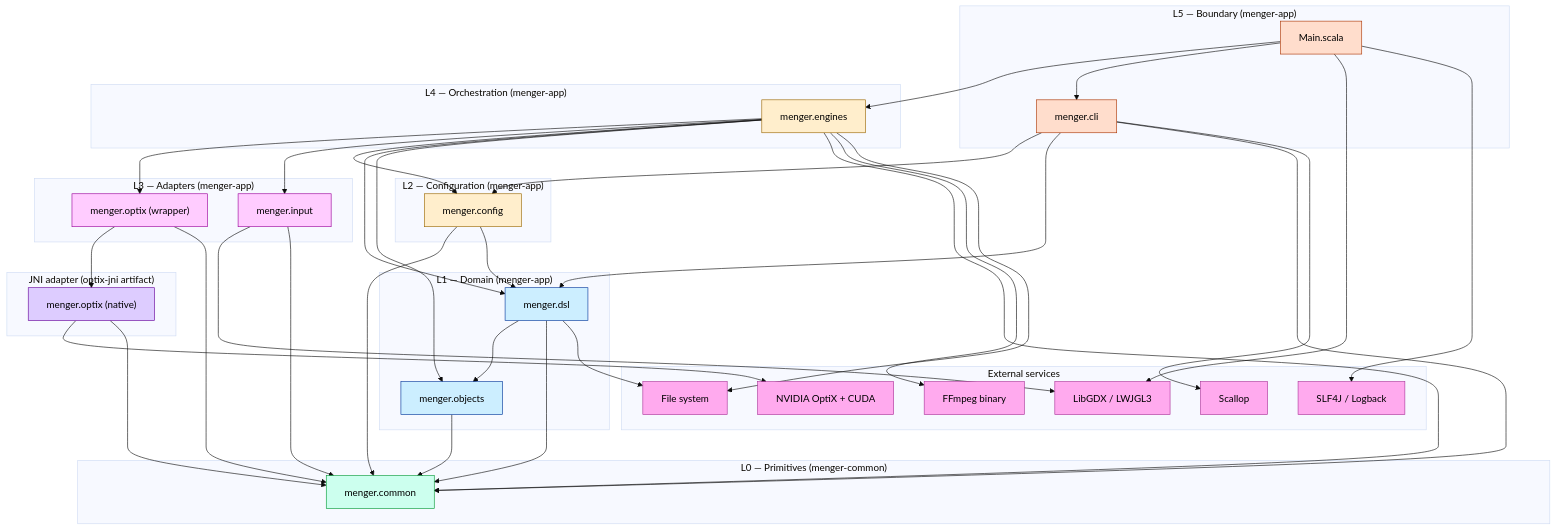
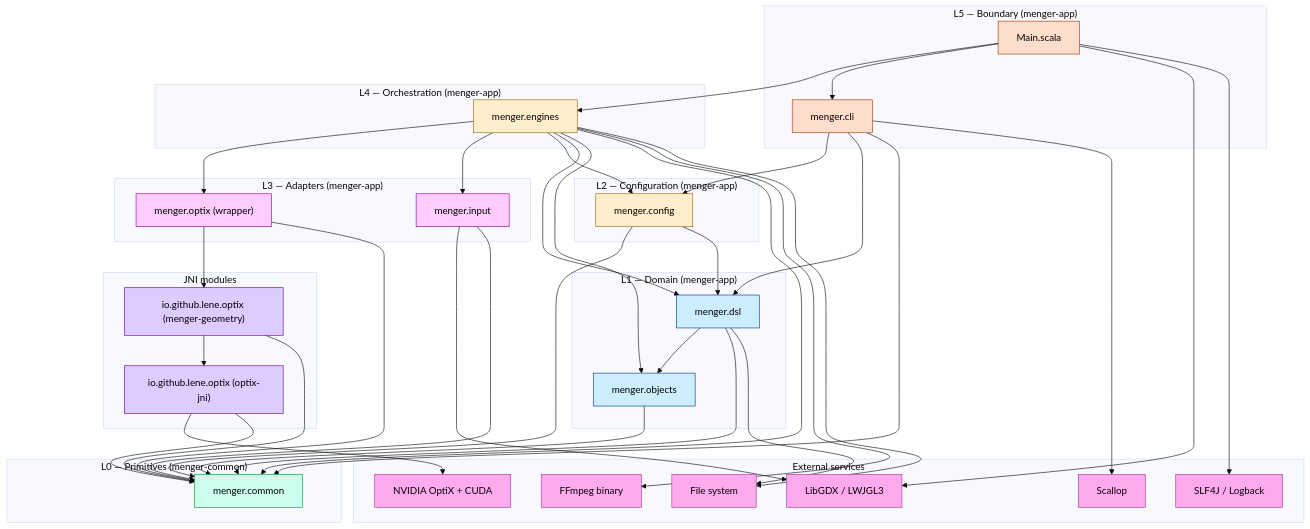
The diagram in docs/arc42/05-building-block-view.md (lene/menger), drawn with Mermaid (base theme) before and after one commit. The commit also changed other lines of this file and 2 other files, not shown here.

First line of the commit message:
docs(arc42): update §5 and §8 for 3-layer module architecture (Sprint 25)

````diff
--- a/docs/arc42/05-building-block-view.md
+++ b/docs/arc42/05-building-block-view.md
@@ -263,8 +279,9 @@
       COMMON["menger.common"]:::common
     end
 
-    subgraph JNI["JNI adapter (optix-jni artifact)"]
-      OPTIXJ["menger.optix (native)"]:::jni
+    subgraph JNI["JNI modules"]
+      OPTIXJ["io.github.lene.optix (optix-jni)"]:::jni
+      MENGERGEO["io.github.lene.optix (menger-geometry)"]:::jni
     end
 
     MAIN --> ENGINES
@@ -283,7 +300,7 @@
     ENGINES --> COMMON
     ENGINES --> FFMPEG
     ENGINES --> FS
-    OPTIXW --> OPTIXJ
+    OPTIXW --> MENGERGEO
     OPTIXW --> COMMON
     INPUT --> GDX
     INPUT --> COMMON
@@ -293,6 +310,8 @@
     DSL --> COMMON
     DSL --> FS
     OBJECTS --> COMMON
+    MENGERGEO --> OPTIXJ
+    MENGERGEO --> COMMON
     OPTIXJ --> OPTIX
     OPTIXJ --> COMMON
 ```
````
